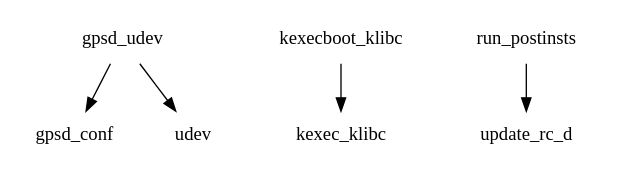
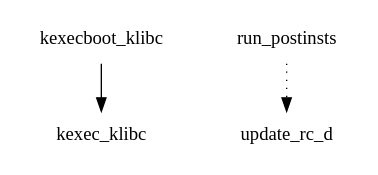
One commit to shr-distribution/buildhistory-old changed the diagram in images/spitz/eglibc/initramfs-kexecboot-klibc-image/depends-nokernel-nolibc.dot. Above: the diagram before and after it, drawn with Graphviz. The commit also changed 11 other files, not shown here.

```diff
--- a/images/spitz/eglibc/initramfs-kexecboot-klibc-image/depends-nokernel-nolibc.dot
+++ b/images/spitz/eglibc/initramfs-kexecboot-klibc-image/depends-nokernel-nolibc.dot
@@ -1,7 +1,5 @@
 digraph depends {
     node [shape=plaintext]
-gpsd_udev -> gpsd_conf;
-gpsd_udev -> udev;
 kexecboot_klibc -> kexec_klibc;
-run_postinsts -> update_rc_d;
+run_postinsts -> update_rc_d [style=dotted];
 }
```
